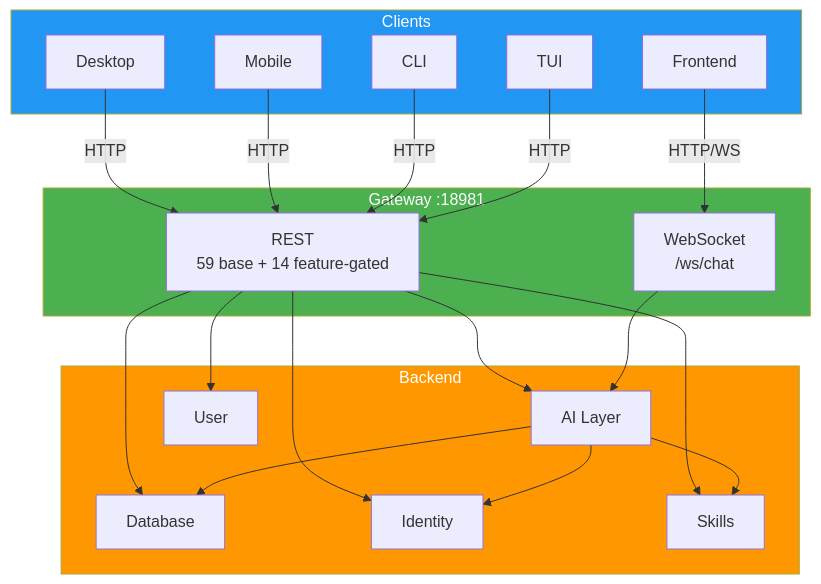
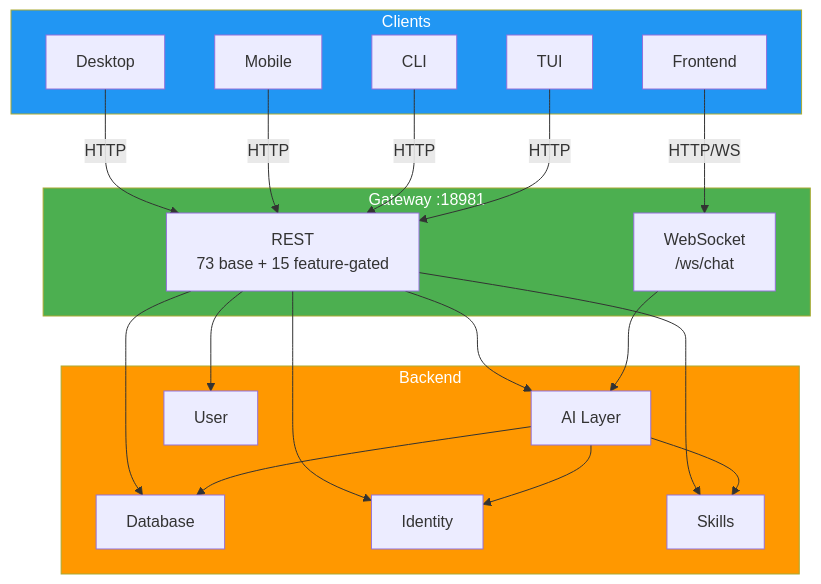
Before and after one commit to sprklai/zenii: the second of 21 diagrams in docs/architecture.md, drawn with Mermaid. The commit also changed other lines of this file and 54 other files, not shown here.

````diff
--- a/docs/architecture.md
+++ b/docs/architecture.md
@@ -85,26 +90,26 @@
 ```mermaid
 graph TB
     subgraph Clients
         D[Desktop] & M[Mobile] & C[CLI] & T[TUI] & F[Frontend]
     end
 
     subgraph GW["Gateway :18981"]
-        REST["REST<br>59 base + 14 feature-gated"]
+        REST["REST<br>73 base + 15 feature-gated"]
         WS["WebSocket<br>/ws/chat"]
     end
 
     subgraph Backend
         AIL[AI Layer] & DBL[Database]
         IDL[Identity] & SKL[Skills] & USL[User]
     end
 
     D & M & C & T -->|HTTP| REST
     F -->|HTTP/WS| WS
     REST & WS --> AIL
     REST --> DBL & IDL & SKL & USL
     AIL --> DBL & IDL & SKL
 
     style Clients fill:#2196F3,color:#fff
     style GW fill:#4CAF50,color:#fff
     style Backend fill:#FF9800,color:#fff
 ```
````
